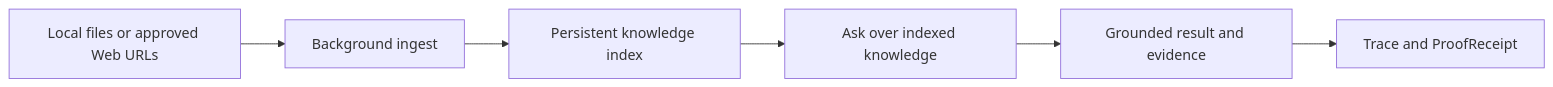
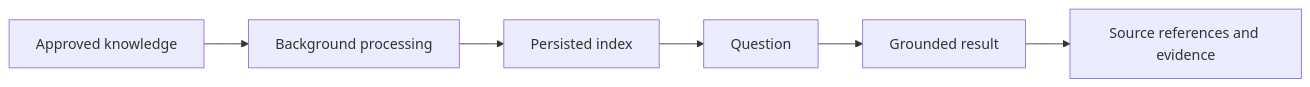
Before and after one commit to jakbuczarnecki/intergrax: the first of 2 diagrams in README.md, drawn with Mermaid. The commit also changed other lines of this file and 6 other files, not shown here.

````diff
--- a/README.md
+++ b/README.md
@@ -63,9 +29,8 @@
 ```mermaid
 flowchart LR
-    A[Local files or approved Web URLs]
-    A --> B[Background ingest]
-    B --> C[Persistent knowledge index]
-    C --> D[Ask over indexed knowledge]
-    D --> E[Grounded result and evidence]
-    E --> F[Trace and ProofReceipt]
+    A[Approved knowledge] --> B[Background processing]
+    B --> C[Persisted index]
+    C --> D[Question]
+    D --> E[Grounded result]
+    E --> F[Source references and evidence]
 ```
````
